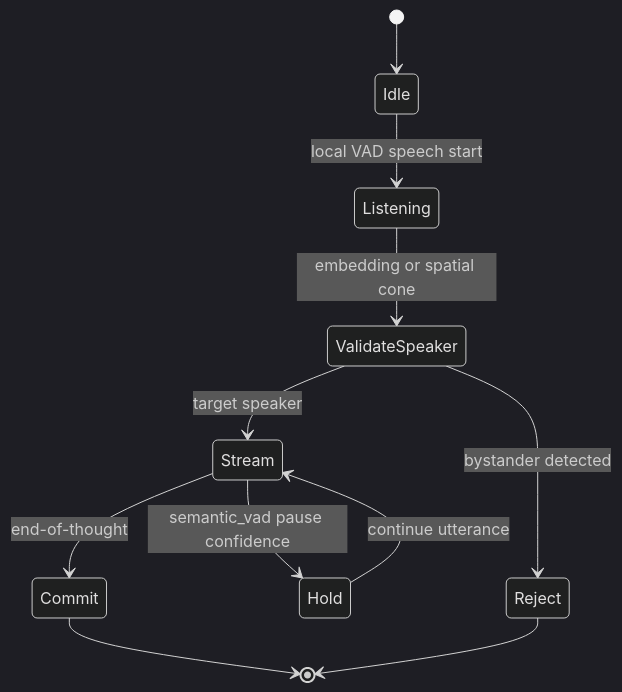
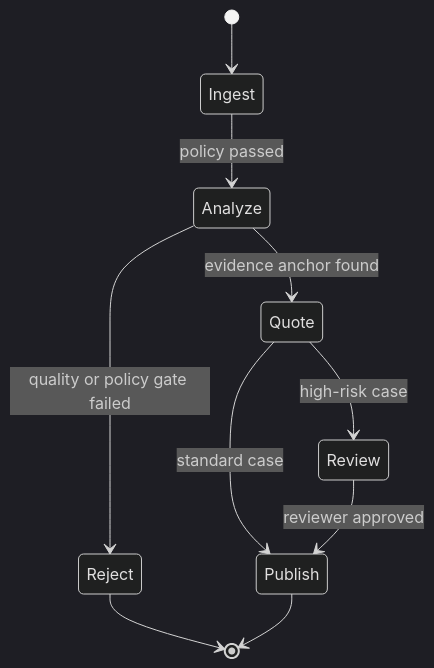
The second of 2 diagrams in docs/azure-agent-infra/noisy-far-field-voice-agent-edge-deepfilternet-voicefilter-vs-acs-webrtc-speech-vs-aoai-realtime-selection-faq.en.md (turbo998/ai-infra-lab), drawn with Mermaid (dark theme) before and after one commit. The commit also changed other lines of this file and 5 other files, not shown here.

````diff
--- a/docs/azure-agent-infra/noisy-far-field-voice-agent-edge-deepfilternet-voicefilter-vs-acs-webrtc-speech-vs-aoai-realtime-selection-faq.en.md
+++ b/docs/azure-agent-infra/noisy-far-field-voice-agent-edge-deepfilternet-voicefilter-vs-acs-webrtc-speech-vs-aoai-realtime-selection-faq.en.md
@@ -52,13 +77,12 @@
 ```mermaid
 stateDiagram-v2
-  [*] --> Idle
-  Idle --> Listening: local VAD speech start
-  Listening --> ValidateSpeaker: embedding or spatial cone
-  ValidateSpeaker --> Reject: bystander detected
-  ValidateSpeaker --> Stream: target speaker
-  Stream --> Hold: semantic_vad pause confidence
-  Hold --> Stream: continue utterance
-  Stream --> Commit: end-of-thought
-  Commit --> [*]
+  [*] --> Ingest
+  Ingest --> Analyze: policy passed
+  Analyze --> Quote: evidence anchor found
+  Quote --> Review: high-risk case
+  Quote --> Publish: standard case
+  Review --> Publish: reviewer approved
+  Analyze --> Reject: quality or policy gate failed
   Reject --> [*]
+  Publish --> [*]
 ```
````
